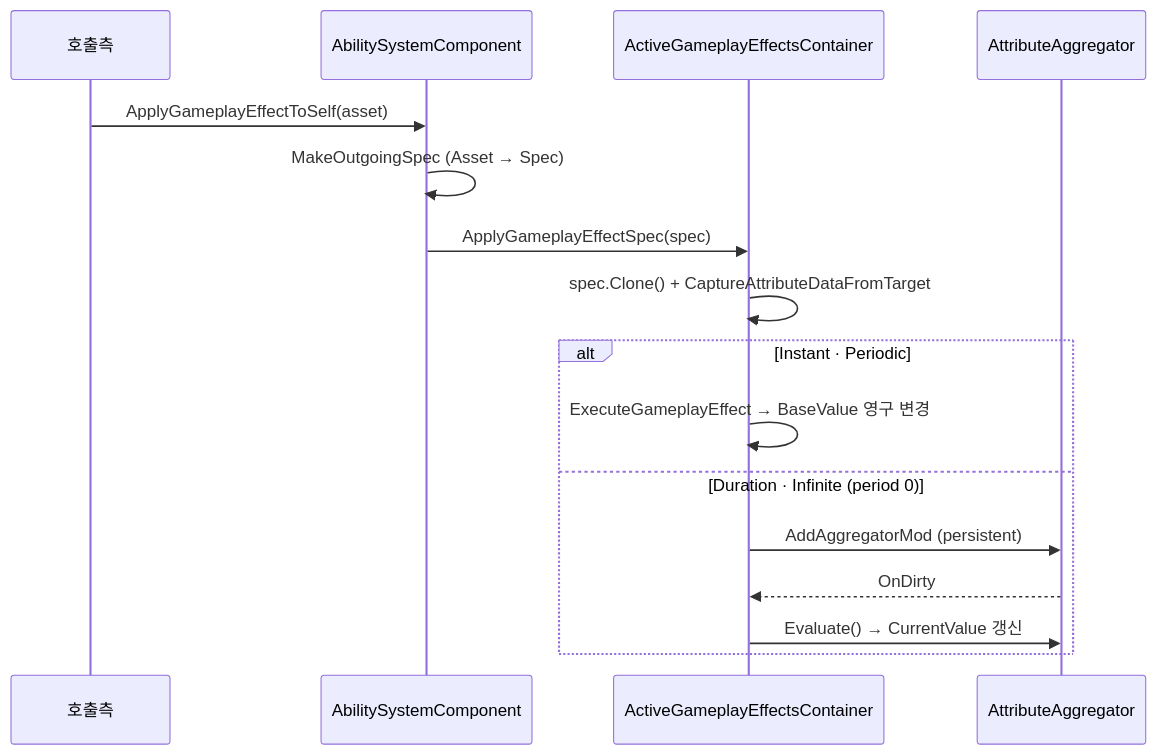
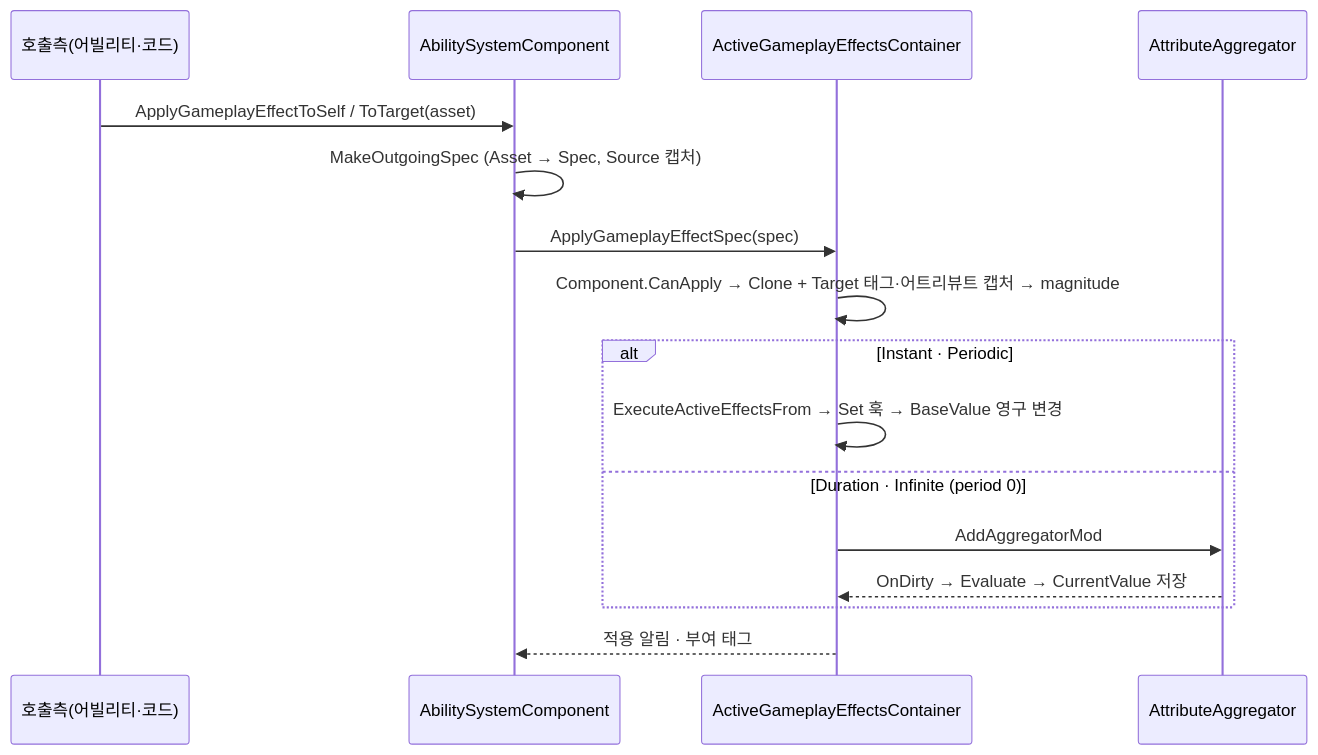
One commit to hanaaple/AbilitySystem-For-Unity changed the third of 3 diagrams in dev-docs/project/architecture/ability-system/overview.md. Above: the diagram before and after it, drawn with Mermaid. The commit also changed other lines of this file and 862 other files, not shown here.

````diff
--- a/dev-docs/project/architecture/ability-system/overview.md
+++ b/dev-docs/project/architecture/ability-system/overview.md
@@ -46,19 +52,19 @@
 ```mermaid
 sequenceDiagram
-    participant C as 호출측
+    participant C as 호출측(어빌리티·코드)
     participant ASC as AbilitySystemComponent
     participant Cont as ActiveGameplayEffectsContainer
     participant Agg as AttributeAggregator
 
-    C->>ASC: ApplyGameplayEffectToSelf(asset)
-    ASC->>ASC: MakeOutgoingSpec (Asset → Spec)
+    C->>ASC: ApplyGameplayEffectToSelf / ToTarget(asset)
+    ASC->>ASC: MakeOutgoingSpec (Asset → Spec, Source 캡처)
     ASC->>Cont: ApplyGameplayEffectSpec(spec)
-    Cont->>Cont: spec.Clone() + CaptureAttributeDataFromTarget
+    Cont->>Cont: Component.CanApply → Clone + Target 태그·어트리뷰트 캡처 → magnitude
     alt Instant · Periodic
-        Cont->>Cont: ExecuteGameplayEffect → BaseValue 영구 변경
+        Cont->>Cont: ExecuteActiveEffectsFrom → Set 훅 → BaseValue 영구 변경
     else Duration · Infinite (period 0)
-        Cont->>Agg: AddAggregatorMod (persistent)
-        Agg-->>Cont: OnDirty
-        Cont->>Agg: Evaluate() → CurrentValue 갱신
+        Cont->>Agg: AddAggregatorMod
+        Agg-->>Cont: OnDirty → Evaluate → CurrentValue 저장
     end
+    Cont-->>ASC: 적용 알림 · 부여 태그
 ```
````
